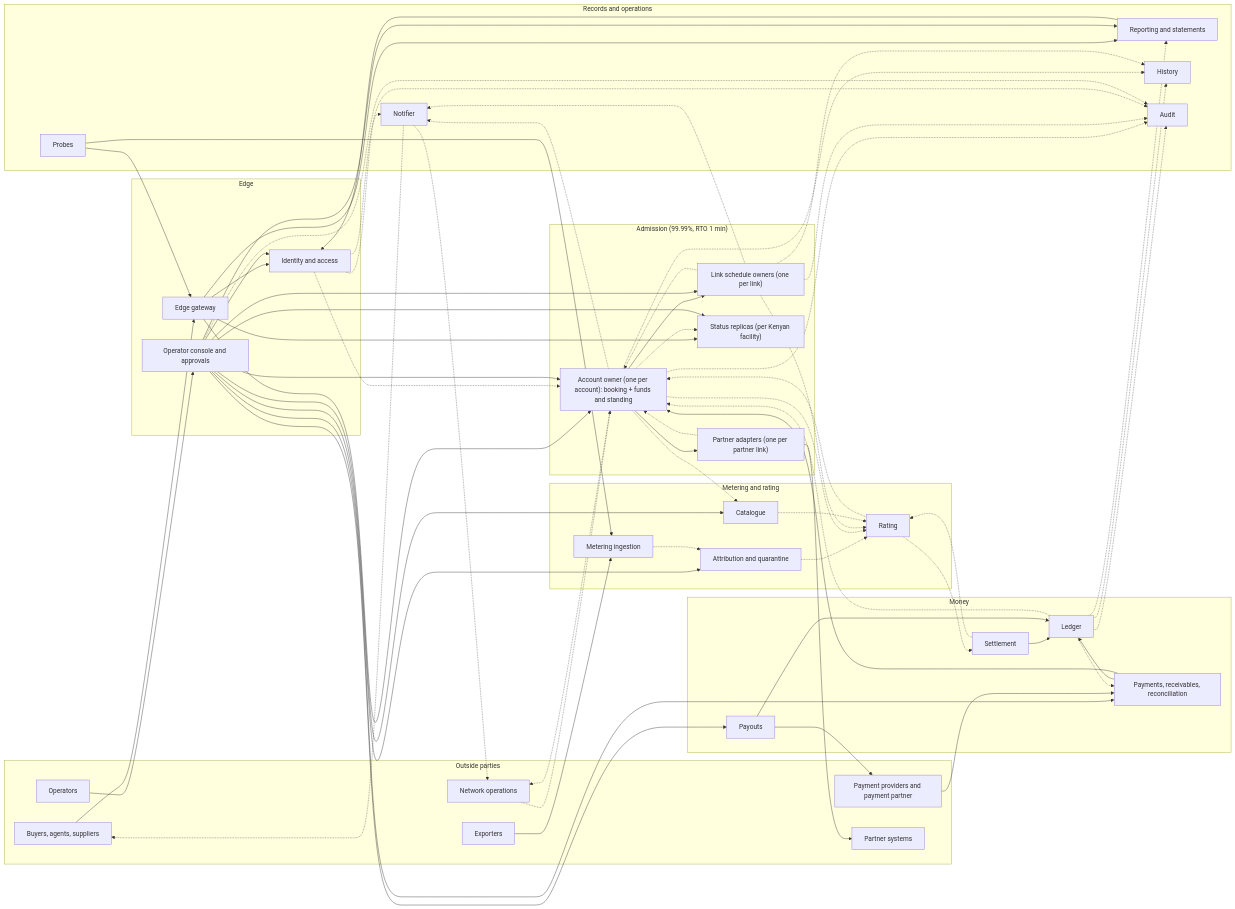
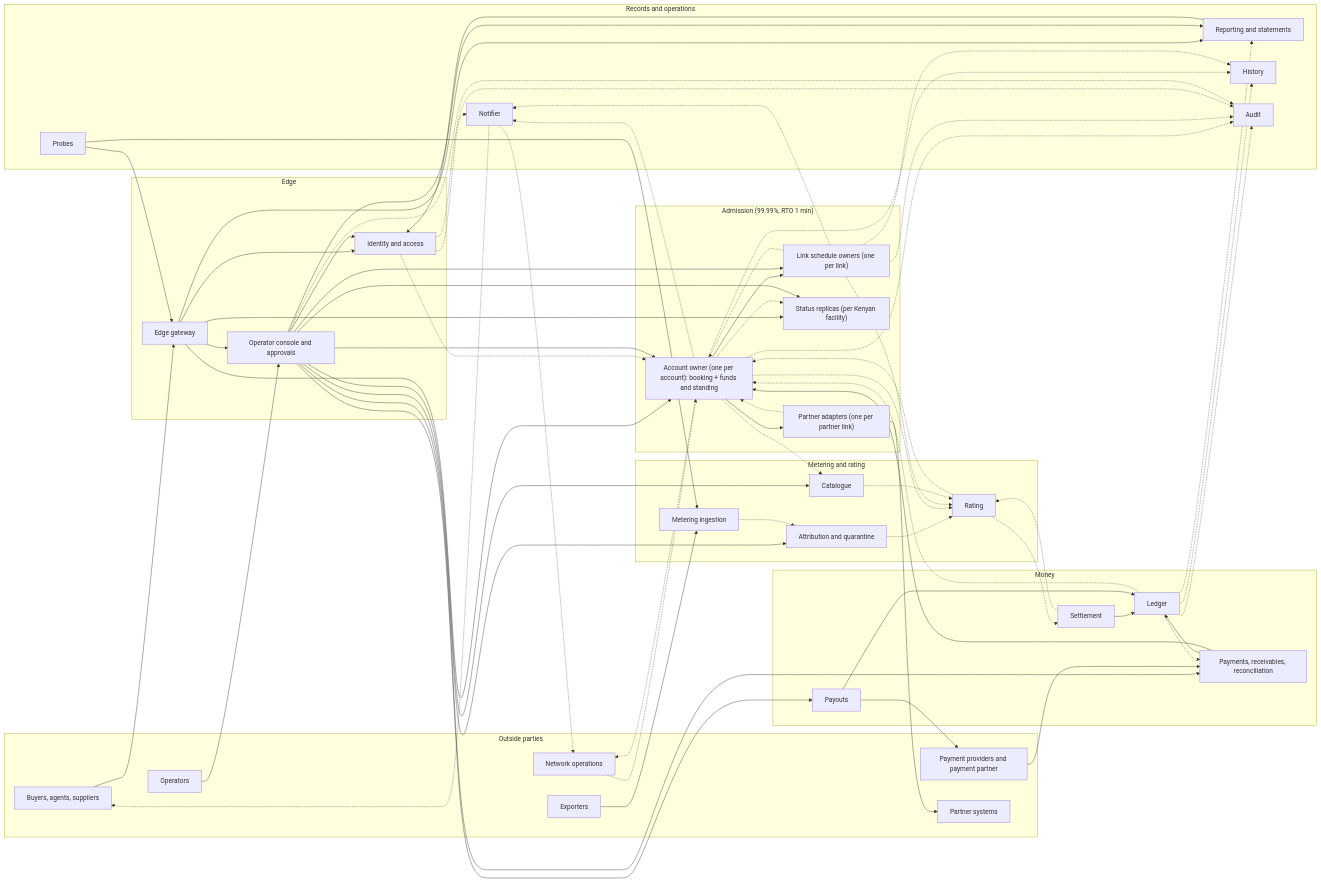
The first of 4 diagrams in docs/03-rfcs/RFC-000-architecture.md (tgenov/bandwidth-reservations), drawn with Mermaid before and after one commit. The commit also changed other lines of this file and 16 other files, not shown here.

```diff
--- a/docs/03-rfcs/RFC-000-architecture.md
+++ b/docs/03-rfcs/RFC-000-architecture.md
@@ -262,6 +262,7 @@
   GW --> AO
   GW --> SR
   GW --> RP
+  GW --> CON
   AO -.-> SR
   CON --> SR
   CON --> RP
```
